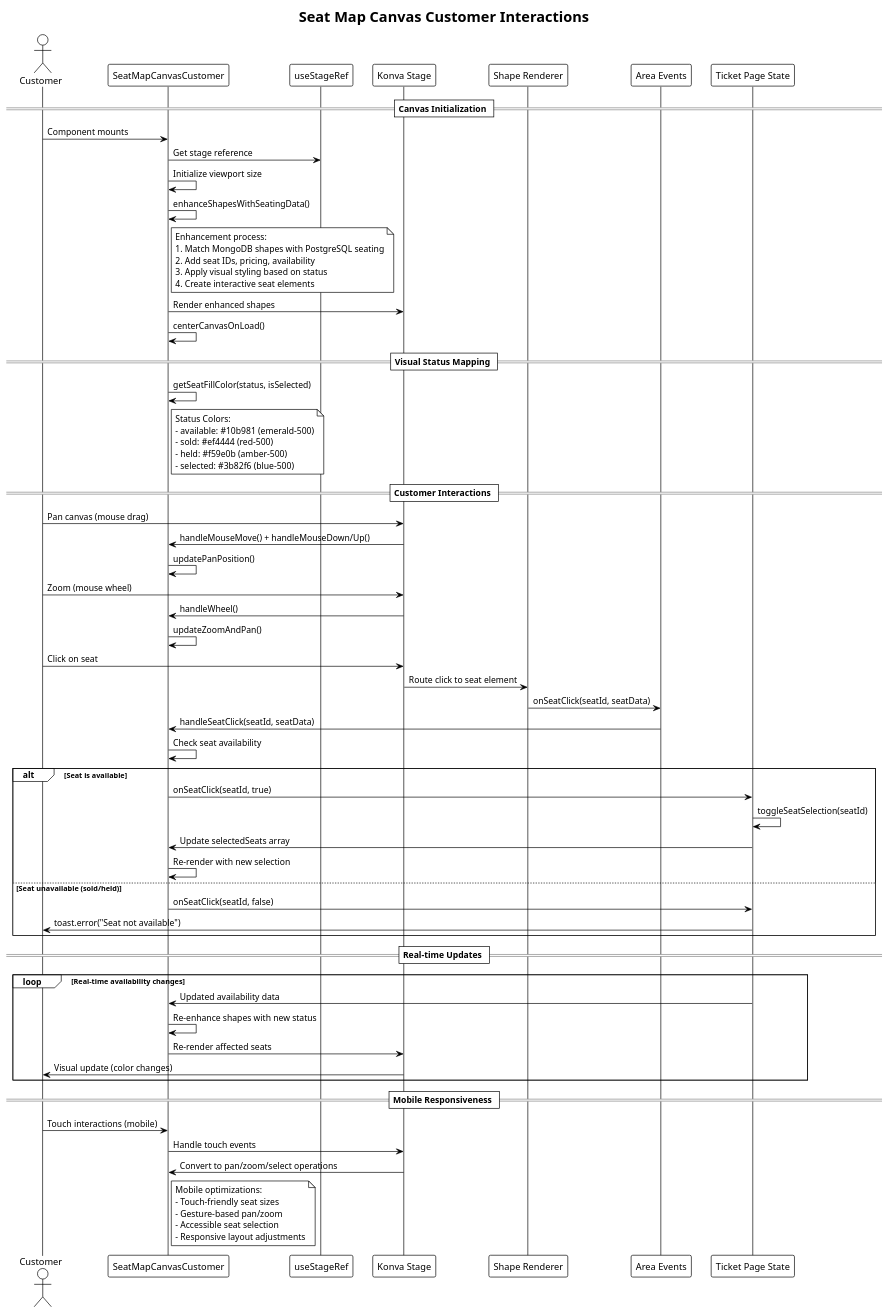
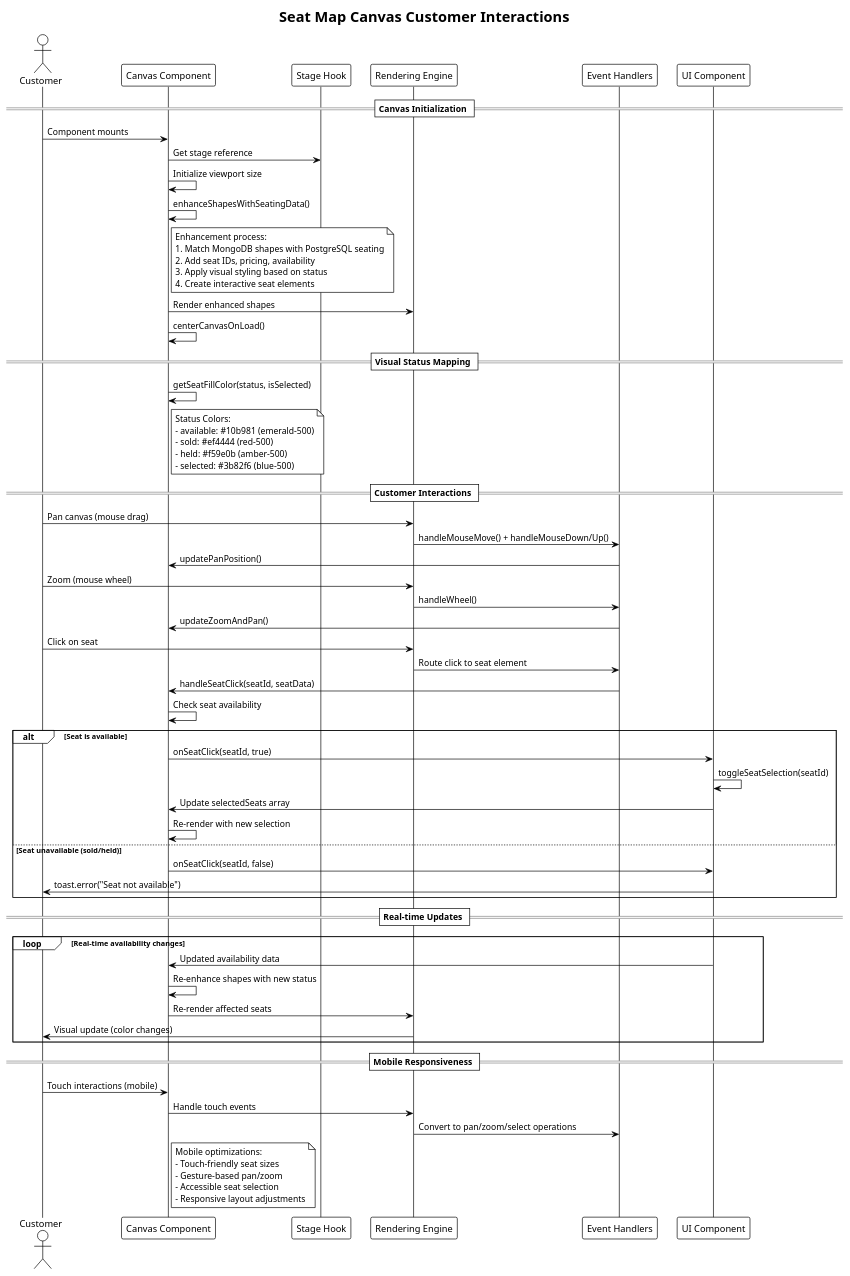
The fourth of 7 diagrams in puml/seat-map-customer.puml (VieTicket/vieticket-monorepo), drawn with PlantUML before and after one commit. The commit also changed other lines of this file and 4 other files, not shown here.

Commit message:
[OPS-28] seq diagram for seatmap

```diff
--- a/puml/seat-map-customer.puml
+++ b/puml/seat-map-customer.puml
@@ -264,87 +258,85 @@
 @startuml seat-map-canvas-customer-interactions
 !theme plain
 title Seat Map Canvas Customer Interactions
 
 actor Customer
-participant "SeatMapCanvasCustomer" as Canvas
-participant "useStageRef" as StageRef
-participant "Konva Stage" as Stage
-participant "Shape Renderer" as Renderer
-participant "Area Events" as AreaEvents
-participant "Ticket Page State" as TicketState
+participant "Canvas Component" as Canvas
+participant "Stage Hook" as StageHook
+participant "Rendering Engine" as Renderer
+participant "Event Handlers" as Events
+participant "UI Component" as UI
 
 == Canvas Initialization ==
 Customer -> Canvas: Component mounts
-Canvas -> StageRef: Get stage reference
+Canvas -> StageHook: Get stage reference
 Canvas -> Canvas: Initialize viewport size
 Canvas -> Canvas: enhanceShapesWithSeatingData()
 
 Note right of Canvas
   Enhancement process:
   1. Match MongoDB shapes with PostgreSQL seating
   2. Add seat IDs, pricing, availability
   3. Apply visual styling based on status
   4. Create interactive seat elements
-end note
+end Note
 
-Canvas -> Stage: Render enhanced shapes
+Canvas -> Renderer: Render enhanced shapes
 Canvas -> Canvas: centerCanvasOnLoad()
 
 == Visual Status Mapping ==
 Canvas -> Canvas: getSeatFillColor(status, isSelected)
 
 Note right of Canvas
   Status Colors:
   - available: #10b981 (emerald-500)
   - sold: #ef4444 (red-500) 
   - held: #f59e0b (amber-500)
   - selected: #3b82f6 (blue-500)
 end note
 
 == Customer Interactions ==
-Customer -> Stage: Pan canvas (mouse drag)
-Stage -> Canvas: handleMouseMove() + handleMouseDown/Up()
-Canvas -> Canvas: updatePanPosition()
+Customer -> Renderer: Pan canvas (mouse drag)
+Renderer -> Events: handleMouseMove() + handleMouseDown/Up()
+Events -> Canvas: updatePanPosition()
 
-Customer -> Stage: Zoom (mouse wheel)
-Stage -> Canvas: handleWheel()
-Canvas -> Canvas: updateZoomAndPan()
+Customer -> Renderer: Zoom (mouse wheel)
+Renderer -> Events: handleWheel()
+Events -> Canvas: updateZoomAndPan()
 
-Customer -> Stage: Click on seat
-Stage -> Renderer: Route click to seat element
-Renderer -> AreaEvents: onSeatClick(seatId, seatData)
-AreaEvents -> Canvas: handleSeatClick(seatId, seatData)
+Customer -> Renderer: Click on seat
+Renderer -> Events: Route click to seat element
+Events -> Canvas: handleSeatClick(seatId, seatData)
 
 Canvas -> Canvas: Check seat availability
 alt Seat is available
-    Canvas -> TicketState: onSeatClick(seatId, true)
-    TicketState -> TicketState: toggleSeatSelection(seatId)
-    TicketState -> Canvas: Update selectedSeats array
+    Canvas -> UI: onSeatClick(seatId, true)
+    UI -> UI: toggleSeatSelection(seatId)
+    UI -> Canvas: Update selectedSeats array
     Canvas -> Canvas: Re-render with new selection
 else Seat unavailable (sold/held)
-    Canvas -> TicketState: onSeatClick(seatId, false)
-    TicketState -> Customer: toast.error("Seat not available")
+    Canvas -> UI: onSeatClick(seatId, false)
+    UI -> Customer: toast.error("Seat not available")
 end
 
 == Real-time Updates ==
 loop Real-time availability changes
-    TicketState -> Canvas: Updated availability data
+    UI -> Canvas: Updated availability data
     Canvas -> Canvas: Re-enhance shapes with new status
-    Canvas -> Stage: Re-render affected seats
-    Stage -> Customer: Visual update (color changes)
+    Canvas -> Renderer: Re-render affected seats
+    Renderer -> Customer: Visual update (color changes)
 end
 
 == Mobile Responsiveness ==
 Customer -> Canvas: Touch interactions (mobile)
-Canvas -> Stage: Handle touch events
-Stage -> Canvas: Convert to pan/zoom/select operations
+Canvas -> Renderer: Handle touch events
+Renderer -> Events: Convert to pan/zoom/select operations
 
 Note right of Canvas
   Mobile optimizations:
   - Touch-friendly seat sizes
   - Gesture-based pan/zoom
   - Accessible seat selection
   - Responsive layout adjustments
 end note
 
 @enduml
```
